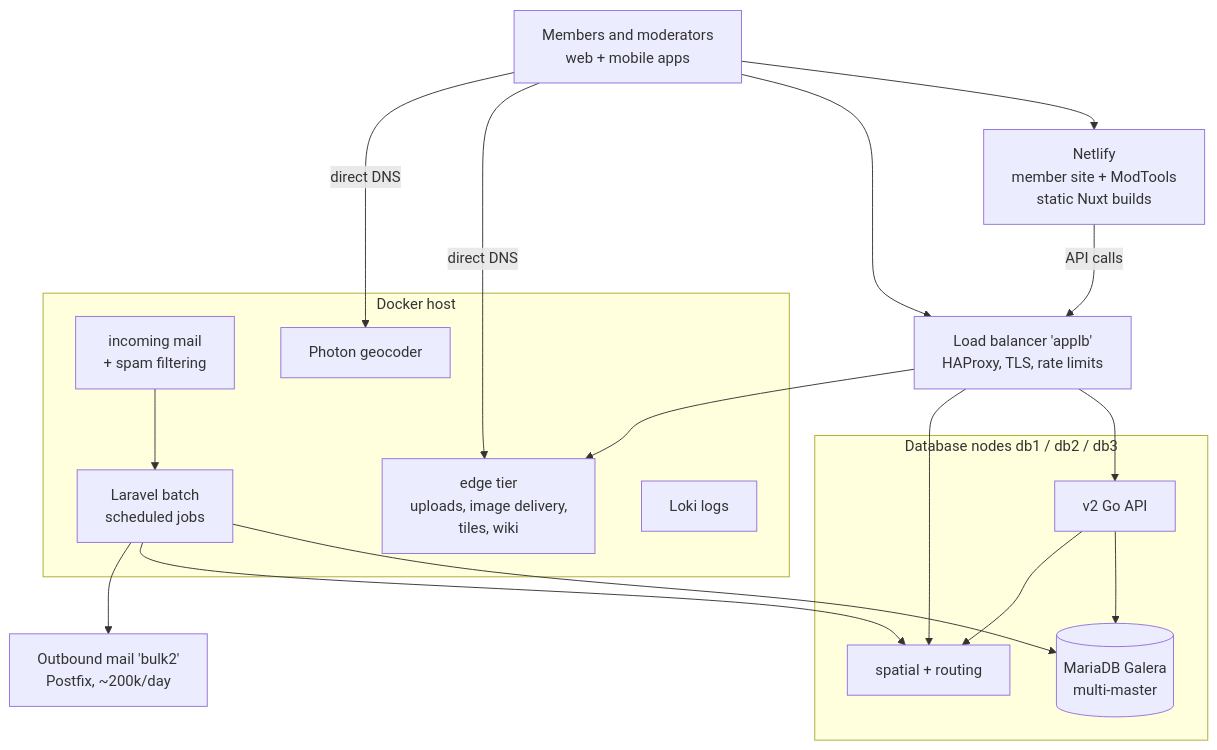
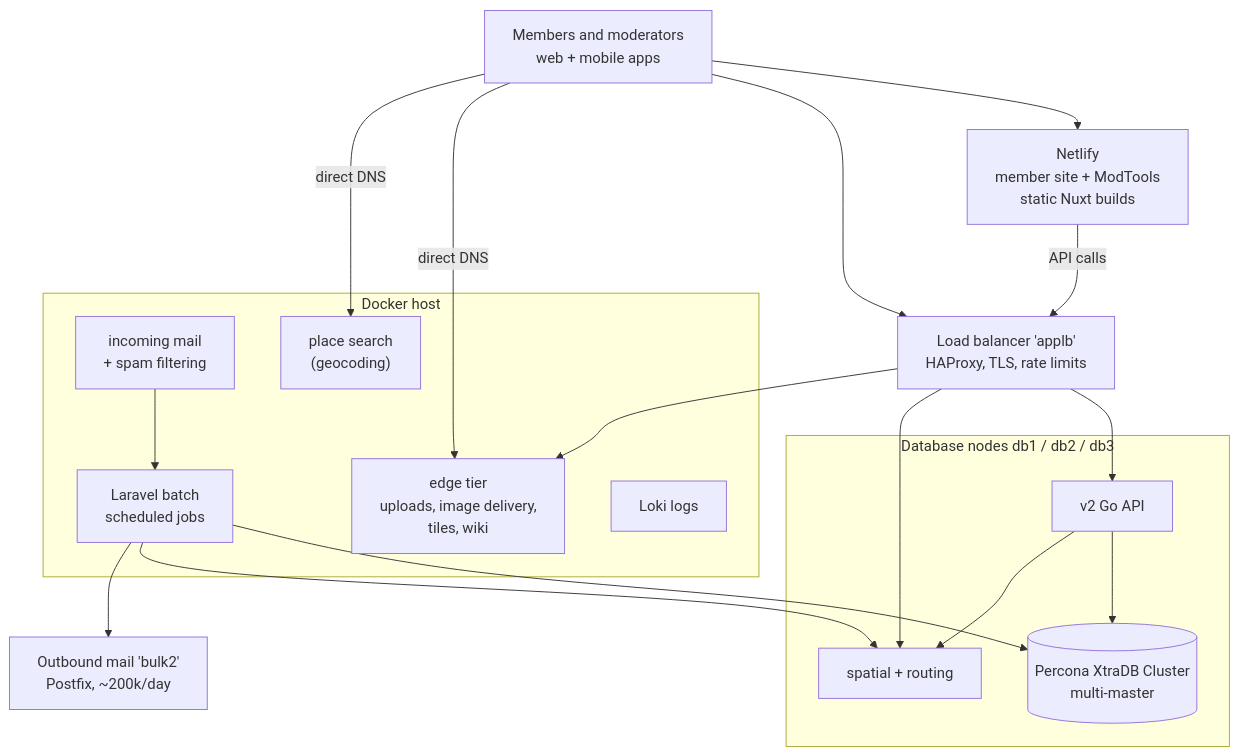
The diagram in docs/ops/production.md (Freegle/Iznik), drawn with Mermaid before and after one commit. The commit also changed other lines of this file and 46 other files, not shown here.

First line of the commit message:
docs: mobile developer track, mermaid diagrams, and corrections

````diff
--- a/docs/ops/production.md
+++ b/docs/ops/production.md
@@ -18,34 +18,34 @@
 ```mermaid
 flowchart TD
     U["Members and moderators<br/>web + mobile apps"]
     NET["Netlify<br/>member site + ModTools<br/>static Nuxt builds"]
     LB["Load balancer 'applb'<br/>HAProxy, TLS, rate limits"]
     subgraph DBN["Database nodes db1 / db2 / db3"]
-        GAL[("MariaDB Galera<br/>multi-master")]
+        GAL[("Percona XtraDB Cluster<br/>multi-master")]
         API["v2 Go API"]
         SPR["spatial + routing"]
     end
     subgraph DKR["Docker host"]
         BATCH["Laravel batch<br/>scheduled jobs"]
         MAILIN["incoming mail<br/>+ spam filtering"]
         EDGE["edge tier<br/>uploads, image delivery,<br/>tiles, wiki"]
-        GEO["Photon geocoder"]
+        GEO["place search<br/>(geocoding)"]
         LOKI["Loki logs"]
     end
     BULK["Outbound mail 'bulk2'<br/>Postfix, ~200k/day"]
 
     U --> NET
     U --> LB
     LB --> API
     LB --> SPR
     LB --> EDGE
     U -->|direct DNS| EDGE
     U -->|direct DNS| GEO
     NET -->|API calls| LB
     API --> GAL
     API --> SPR
     BATCH --> GAL
     BATCH --> SPR
     MAILIN --> BATCH
     BATCH --> BULK
 ```
````
